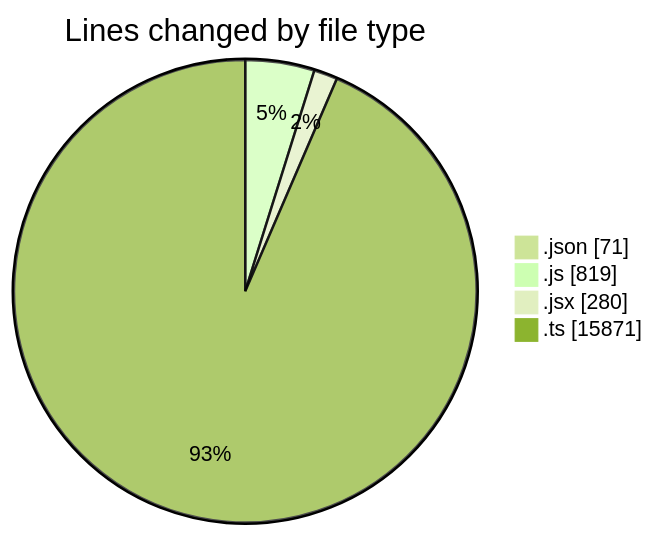
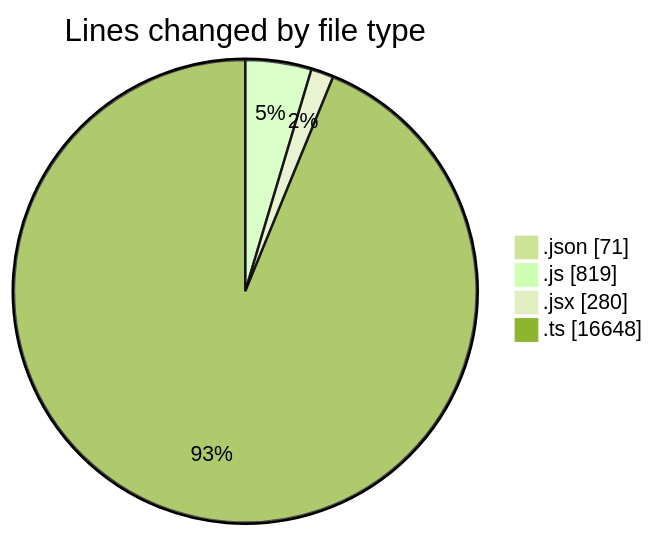
One commit to momahboobian/code-tracking changed the first of 2 diagrams in 2025-05-13/cda/README.md. Above: the diagram before and after it, drawn with Mermaid (forest theme). The commit also changed other lines of this file and 1 other file, not shown here.

````diff
--- a/2025-05-13/cda/README.md
+++ b/2025-05-13/cda/README.md
@@ -29,8 +30,8 @@
 ```mermaid
 pie showData
 title Lines changed by file type
 ".json" : 71
 ".js" : 819
 ".jsx" : 280
-".ts" : 15871
+".ts" : 16648
 ```
````
